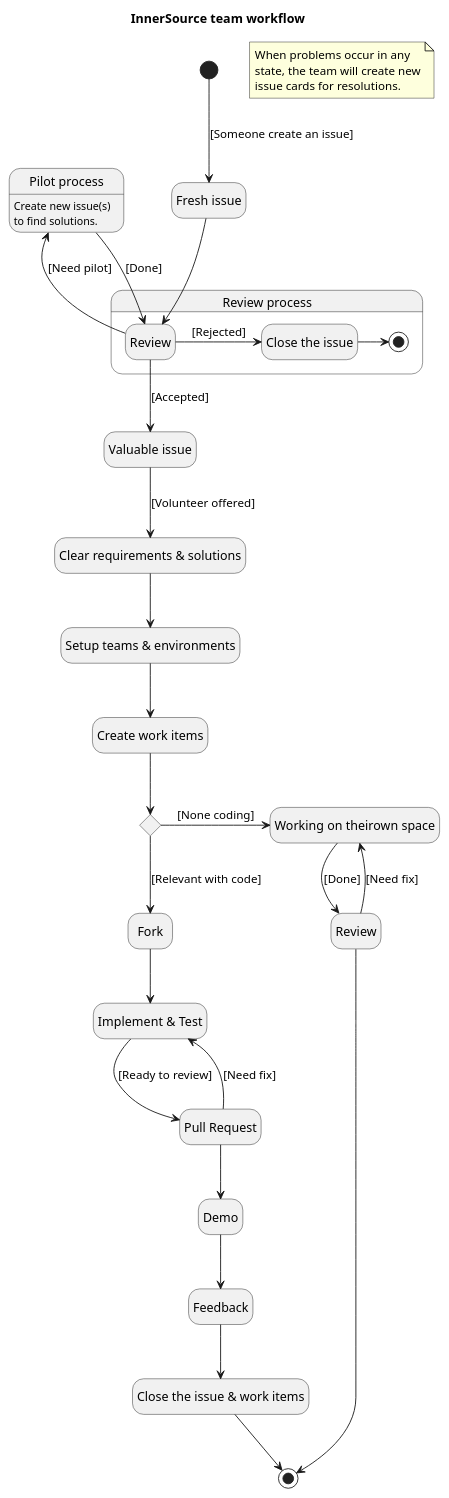
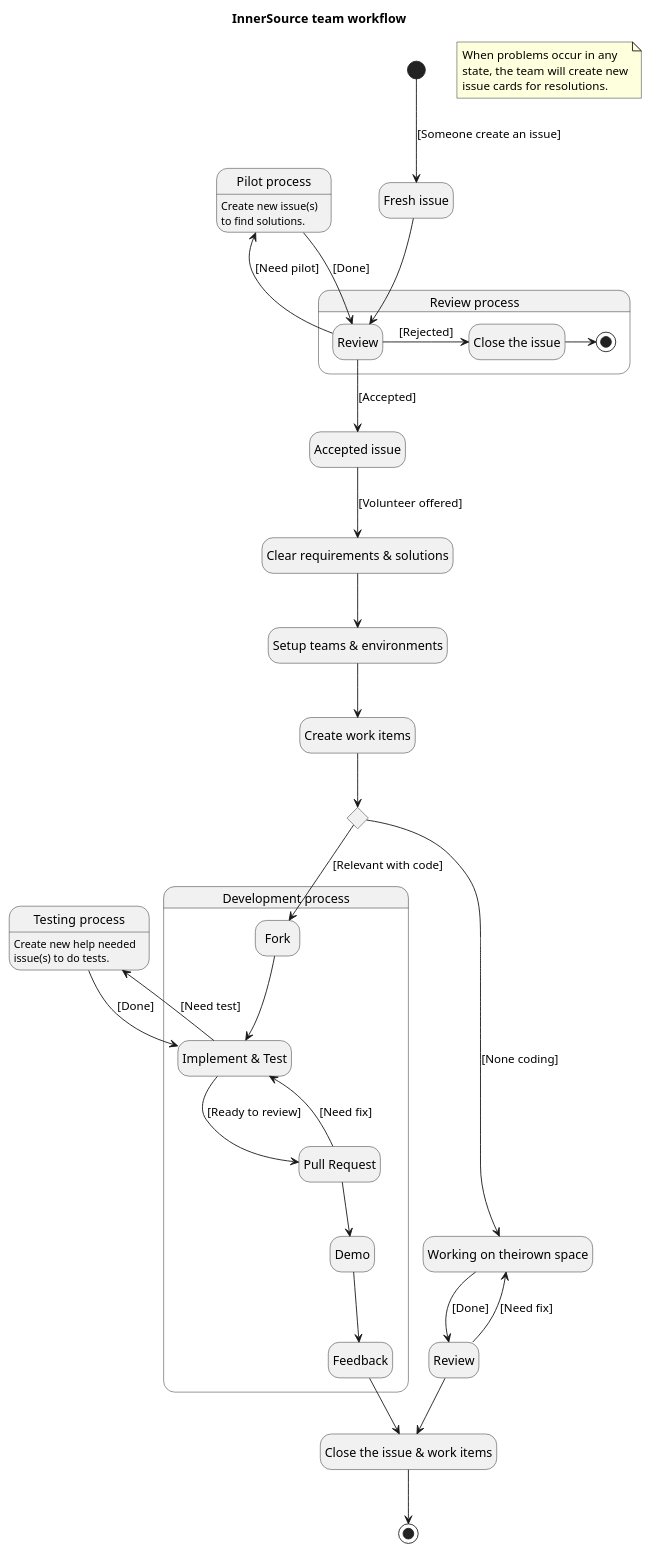
The diagram in Diagrams/InnerSourceTeamWorkflow.plantuml (Sakul/InnerSource), drawn with PlantUML before and after one commit.

```diff
--- a/Diagrams/InnerSourceTeamWorkflow.plantuml
+++ b/Diagrams/InnerSourceTeamWorkflow.plantuml
@@ -1,54 +1,62 @@
 @startuml
 title InnerSource team workflow
 hide empty description
 
 note "When problems occur in any\nstate, the team will create new\nissue cards for resolutions." as note
 
 state "Fresh issue" as issue1
 [*] --> issue1: [Someone create an issue]
 
 state "Review process" as reviewgroup {
 	state "Review" as review
 	state "Close the issue" as close
 	review -right-> close: [Rejected]
 	close -right-> [*]
 }
 
 state "Pilot process" as fixgroup {
 	fixgroup: Create new issue(s)\nto find solutions.
 }
 
 review -left-> fixgroup: [Need pilot]
 fixgroup --> review: [Done]
 issue1 --> review
-state "Valuable issue" as issue2
+state "Accepted issue" as issue2
 review --> issue2: [Accepted]
 state "Clear requirements & solutions" as clear
 issue2 --> clear: [Volunteer offered]
 state "Setup teams & environments" as setup
 clear --> setup
 state "Create work items" as workitem
 setup --> workitem
 state c <<choice>>
 workitem --> c
 
 state "Working on theirown space" as working
 c -right-> working: [None coding]
 working --> Review: [Done]
 Review --> working: [Need fix]
-Review --> [*]
+Review --> close2
 
-c --> Fork: [Relevant with code]
-state "Implement & Test" as imp
-state "Pull Request" as pr
-Fork --> imp
-imp --> pr: [Ready to review]
-pr --> imp: [Need fix]
-pr --> Demo
-Demo --> Feedback
+state "Development process" as devgroup {
+	c --> Fork: [Relevant with code]
+	state "Implement & Test" as imp
+	state "Pull Request" as pr
+	Fork --> imp
+	imp --> pr: [Ready to review]
+	pr --> imp: [Need fix]
+	pr --> Demo
+	Demo --> Feedback
+}
+
+state "Testing process" as testgroup {
+	testgroup: Create new help needed\nissue(s) to do tests.
+}
+imp -up-> testgroup: [Need test]
+testgroup -right-> imp: [Done]
+
 state "Close the issue & work items" as close2
 Feedback --> close2
 close2 --> [*]
 
-
 @enduml
```
